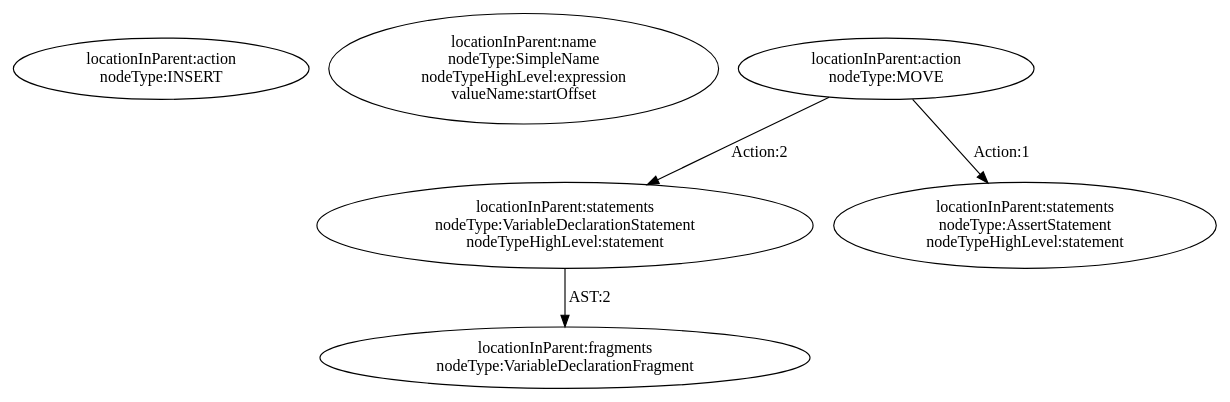
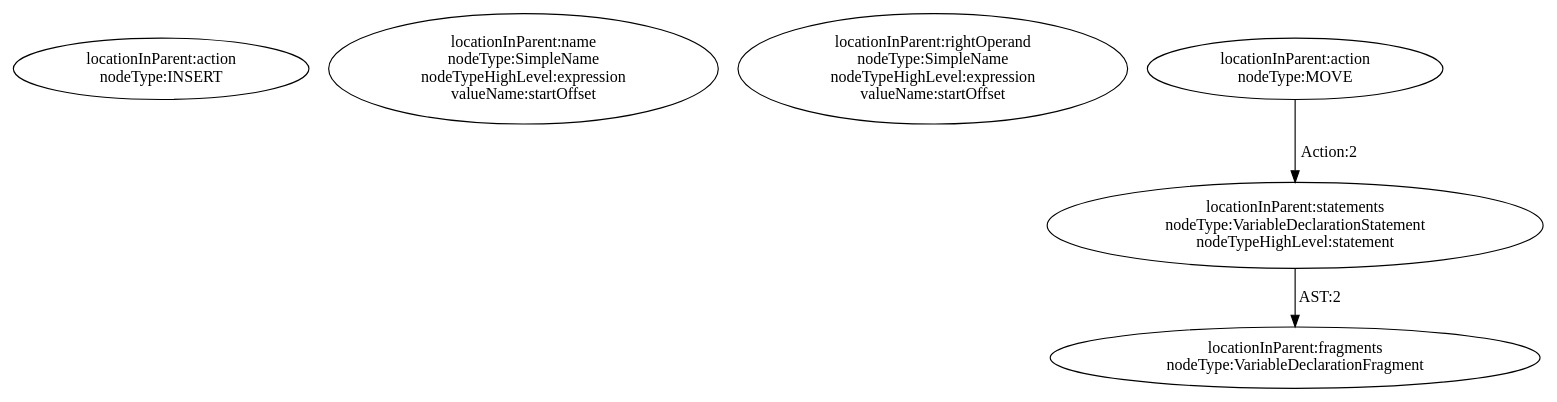
One commit to ssmingz/FixGen changed the diagram in codegraph/out/pattern_EmptyCheck_abstract2.dot. Above: the diagram before and after it, drawn with Graphviz. The commit also changed 12 other files, not shown here.

```diff
--- a/codegraph/out/pattern_EmptyCheck_abstract2.dot
+++ b/codegraph/out/pattern_EmptyCheck_abstract2.dot
@@ -1,11 +1,10 @@
 digraph "Pattern" {
 0 [label="locationInParent:action\nnodeType:INSERT" shape=ellipse]
 1 [label="locationInParent:name\nnodeType:SimpleName\nnodeTypeHighLevel:expression\nvalueName:startOffset" shape=ellipse]
-2 [label="locationInParent:statements\nnodeType:VariableDeclarationStatement\nnodeTypeHighLevel:statement" shape=ellipse]
-3 [label="locationInParent:statements\nnodeType:AssertStatement\nnodeTypeHighLevel:statement" shape=ellipse]
+2 [label="locationInParent:rightOperand\nnodeType:SimpleName\nnodeTypeHighLevel:expression\nvalueName:startOffset" shape=ellipse]
+3 [label="locationInParent:statements\nnodeType:VariableDeclarationStatement\nnodeTypeHighLevel:statement" shape=ellipse]
 4 [label="locationInParent:action\nnodeType:MOVE" shape=ellipse]
 5 [label="locationInParent:fragments\nnodeType:VariableDeclarationFragment" shape=ellipse]
-2 -> 5 [label="AST:2"];
-4 -> 2 [label="Action:2"];
-4 -> 3 [label="Action:1"];
+3 -> 5 [label="AST:2"];
+4 -> 3 [label="Action:2"];
 }
```
